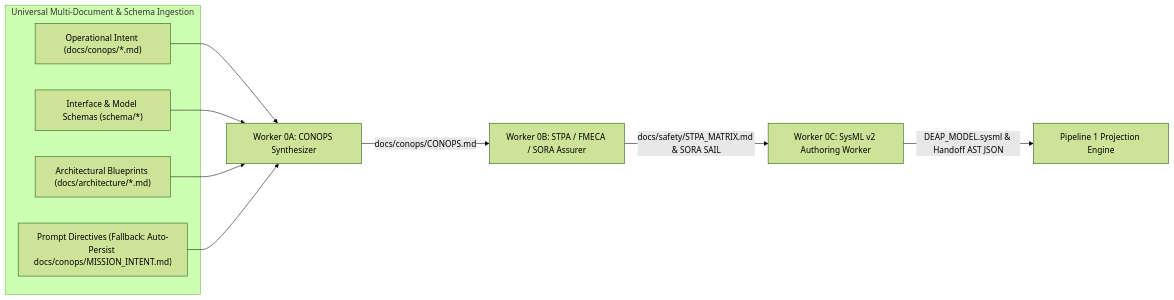
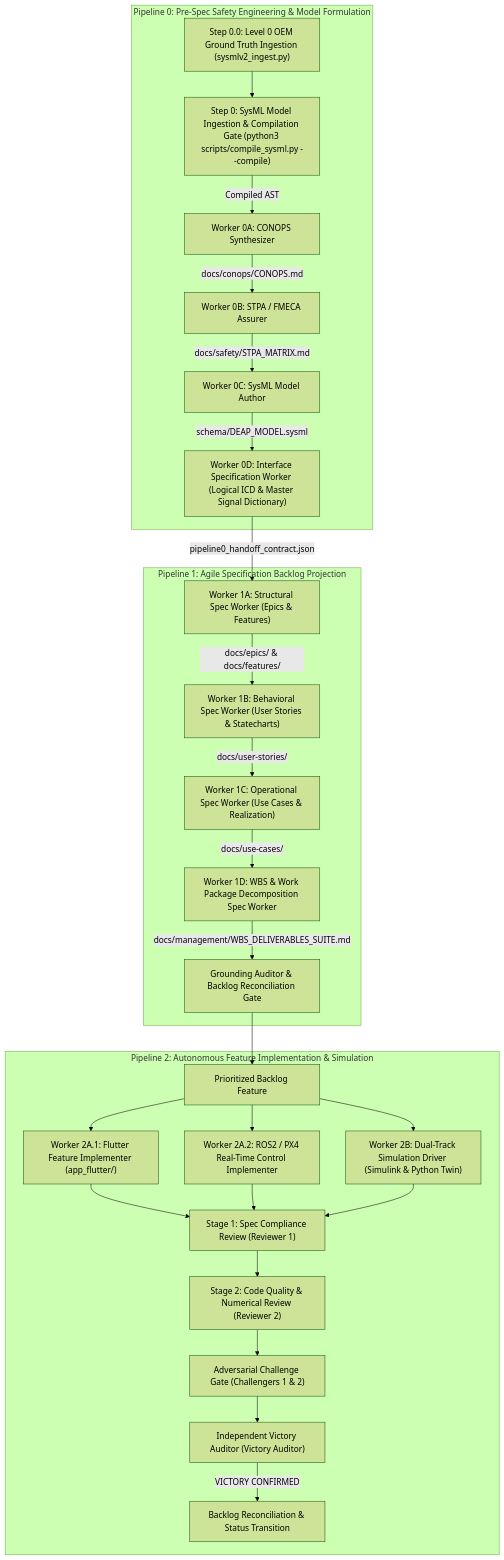
Before and after one commit to gintatkinson/DEAP-implementation-driver: the diagram in README.md, drawn with Mermaid (forest theme). The commit also changed other lines of this file and 594 other files, not shown here.

Commit message:
chore(pipeline): propagate verified Section 5.5 initialization sequence and Antigravity governance (refs #387, refs #386, refs #385, refs #384, refs #383, refs #382, refs #381, refs #380, refs #379, refs #378, refs #372)

````diff
--- a/README.md
+++ b/README.md
@@ -420,16 +74,30 @@
 ```mermaid
-flowchart LR
-    subgraph Ingestion["Universal Multi-Document & Schema Ingestion"]
-        Doc1["Operational Intent (docs/conops/*.md)"]
-        Doc2["Interface & Model Schemas (schema/*)"]
-        Doc3["Architectural Blueprints (docs/architecture/*.md)"]
-        Doc4["Prompt Directives (Fallback: Auto-Persist docs/conops/MISSION_INTENT.md)"]
+flowchart TD
+    subgraph P0["Pipeline 0: Pre-Spec Safety Engineering & Model Formulation"]
+        Step00["Step 0.0: Level 0 OEM Ground Truth Ingestion (sysmlv2_ingest.py)"] --> Step0["Step 0: SysML Model Ingestion & Compilation Gate (python3 scripts/compile_sysml.py --compile)"]
+        Step0 -->|"Compiled AST"| W0A["Worker 0A: CONOPS Synthesizer"]
+        W0A -->|"docs/conops/CONOPS.md"| W0B["Worker 0B: STPA / FMECA Assurer"]
+        W0B -->|"docs/safety/STPA_MATRIX.md"| W0C["Worker 0C: SysML Model Author"]
+        W0C -->|"schema/DEAP_MODEL.sysml"| W0D["Worker 0D: Interface Specification Worker (Logical ICD & Master Signal Dictionary)"]
     end
-    Doc1 --> Worker_0A["Worker 0A: CONOPS Synthesizer"]
-    Doc2 --> Worker_0A
-    Doc3 --> Worker_0A
-    Doc4 --> Worker_0A
-    Worker_0A -->|"docs/conops/CONOPS.md"| Worker_0B["Worker 0B: STPA / FMECA / SORA Assurer"]
-    Worker_0B -->|"docs/safety/STPA_MATRIX.md & SORA SAIL"| Worker_0C["Worker 0C: SysML v2 Authoring Worker"]
-    Worker_0C -->|"DEAP_MODEL.sysml & Handoff AST JSON"| Pipeline_1["Pipeline 1 Projection Engine"]
+
+    subgraph P1["Pipeline 1: Agile Specification Backlog Projection"]
+        W0D -->|"pipeline0_handoff_contract.json"| W1A["Worker 1A: Structural Spec Worker (Epics & Features)"]
+        W1A -->|"docs/epics/ & docs/features/"| W1B["Worker 1B: Behavioral Spec Worker (User Stories & Statecharts)"]
+        W1B -->|"docs/user-stories/"| W1C["Worker 1C: Operational Spec Worker (Use Cases & Realization)"]
+        W1C -->|"docs/use-cases/"| W1D["Worker 1D: WBS & Work Package Decomposition Spec Worker"]
+        W1D -->|"docs/management/WBS_DELIVERABLES_SUITE.md"| Reconcile["Grounding Auditor & Backlog Reconciliation Gate"]
+    end
+
+    subgraph P2["Pipeline 2: Autonomous Feature Implementation & Simulation"]
+        Reconcile --> Backlog["Prioritized Backlog Feature"]
+        Backlog --> W2A1["Worker 2A.1: Flutter Feature Implementer (app_flutter/)"]
+        Backlog --> W2A2["Worker 2A.2: ROS2 / PX4 Real-Time Control Implementer"]
+        Backlog --> W2B["Worker 2B: Dual-Track Simulation Driver (Simulink & Python Twin)"]
+        W2A1 & W2A2 & W2B --> Rev1["Stage 1: Spec Compliance Review (Reviewer 1)"]
+        Rev1 --> Rev2["Stage 2: Code Quality & Numerical Review (Reviewer 2)"]
+        Rev2 --> Chall["Adversarial Challenge Gate (Challengers 1 & 2)"]
+        Chall --> Victory["Independent Victory Auditor (Victory Auditor)"]
+        Victory -->|"VICTORY CONFIRMED"| Release["Backlog Reconciliation & Status Transition"]
+    end
 ```
````
